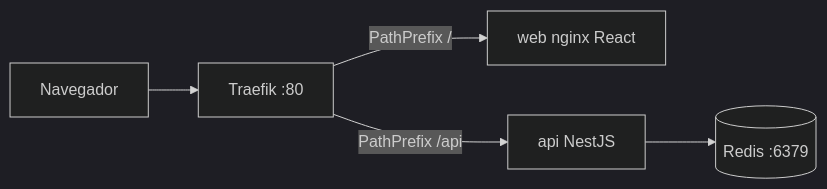
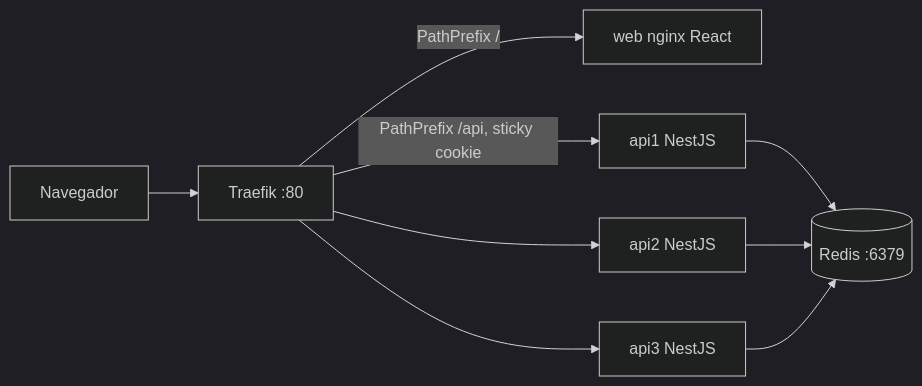
Before and after one commit to MaxDCoc/DevOps_Practica: the diagram in lab1/COLOQUIO.md, drawn with Mermaid (dark theme). The commit also changed other lines of this file and 10 other files, not shown here.

````diff
--- a/lab1/COLOQUIO.md
+++ b/lab1/COLOQUIO.md
@@ -65,13 +107,19 @@
 ```mermaid
 flowchart LR
   Browser[Navegador]
   Traefik[Traefik :80]
   Web[web nginx React]
-  Api[api NestJS]
+  Api1[api1 NestJS]
+  Api2[api2 NestJS]
+  Api3[api3 NestJS]
   Redis[(Redis :6379)]
 
   Browser --> Traefik
   Traefik -->|"PathPrefix /"| Web
-  Traefik -->|"PathPrefix /api"| Api
-  Api --> Redis
+  Traefik -->|"PathPrefix /api, sticky cookie"| Api1
+  Traefik --> Api2
+  Traefik --> Api3
+  Api1 --> Redis
+  Api2 --> Redis
+  Api3 --> Redis
 ```
````
